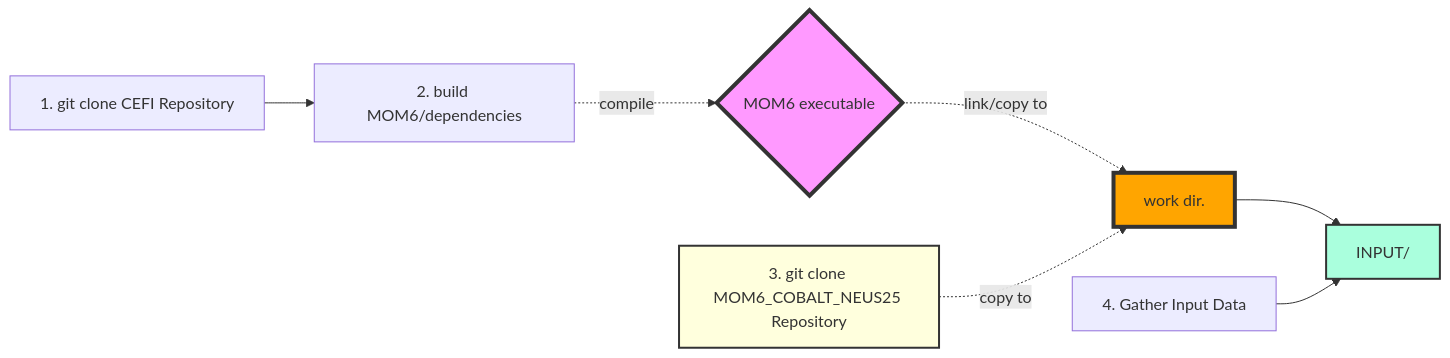
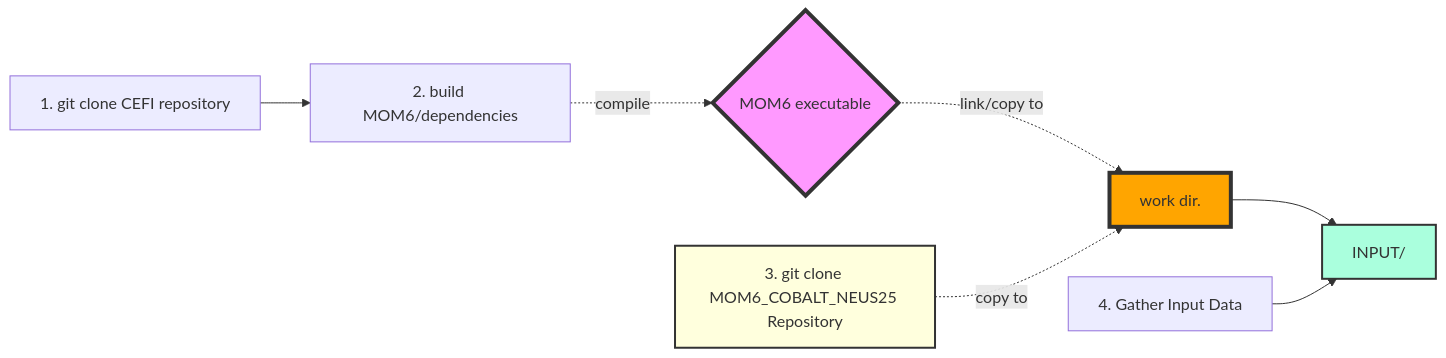
Before and after one commit to dksasaki/MOM6_COBALT_NEUS25: the first of 2 diagrams in README2.md, drawn with Mermaid. The commit also changed other lines of this file, not shown here.

Commit message:
minor changes

````diff
--- a/README2.md
+++ b/README2.md
@@ -19,18 +19,18 @@
 ```mermaid
 flowchart LR
-    A[1. git clone CEFI Repository] --> B[2. build MOM6/dependencies]
+    A[1. git clone CEFI repository] --> B[2. build MOM6/dependencies]
     B -.-> |compile| C{MOM6 executable}
     
     D[3. git clone MOM6_COBALT_NEUS25 Repository]
     C -.-> |link/copy to| E[work dir.]
     D -.-> |copy to| E
     
     E --> H
 
     F[4. Gather Input Data ]
     F --> H[INPUT/]
     style D fill:#ffd,stroke:#333,stroke-width:2px
     style C fill:#f9f,stroke:#333,stroke-width:4px
     style H fill:#afd,stroke:#333,stroke-width:2px
     style E fill:#ffa500,stroke:#333,stroke-width:4px
 ```
````
